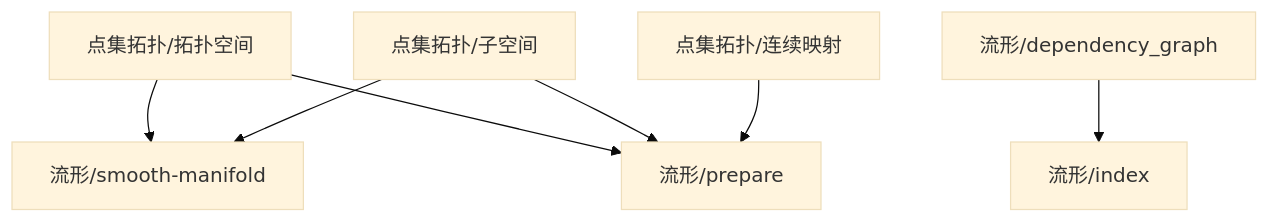
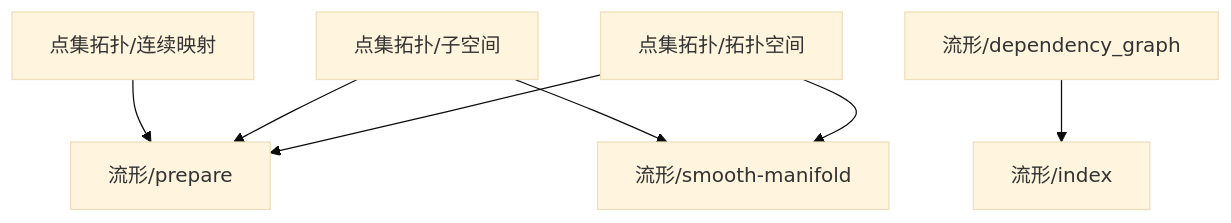
Before and after one commit to zeroDtree/zeroDtree.github.io: the diagram in content/流形/dependency_graph.md, drawn with Mermaid (base theme). The commit also changed 11 other files, not shown here.

````diff
--- a/content/流形/dependency_graph.md
+++ b/content/流形/dependency_graph.md
@@ -1,9 +1,9 @@
 ```mermaid
 graph TD
-1["点集拓扑/拓扑空间"] --> 0["流形/smooth-manifold"]
-2["点集拓扑/子空间"] --> 0["流形/smooth-manifold"]
-1["点集拓扑/拓扑空间"] --> 3["流形/prepare"]
-2["点集拓扑/子空间"] --> 3["流形/prepare"]
-4["点集拓扑/连续映射"] --> 3["流形/prepare"]
+1["点集拓扑/拓扑空间"] --> 0["流形/prepare"]
+2["点集拓扑/子空间"] --> 0["流形/prepare"]
+3["点集拓扑/连续映射"] --> 0["流形/prepare"]
+1["点集拓扑/拓扑空间"] --> 4["流形/smooth-manifold"]
+2["点集拓扑/子空间"] --> 4["流形/smooth-manifold"]
 6["流形/dependency_graph"] --> 5["流形/index"]
 ```
````
